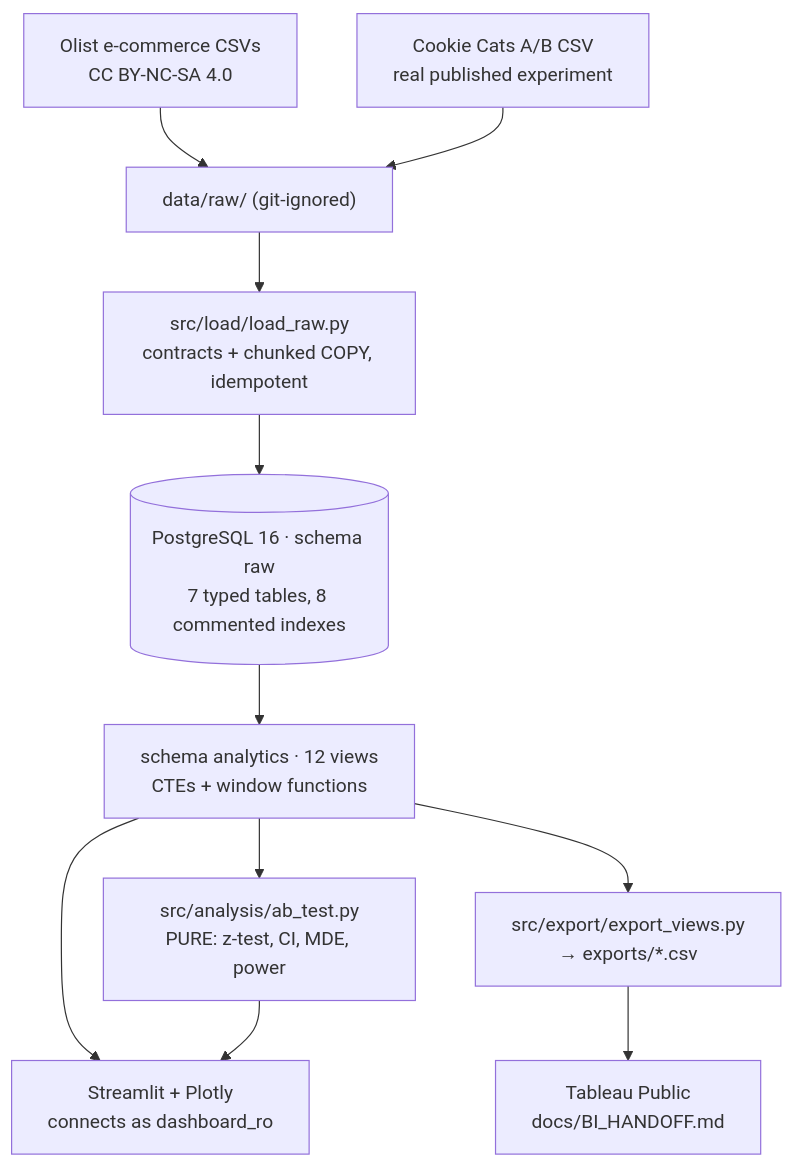
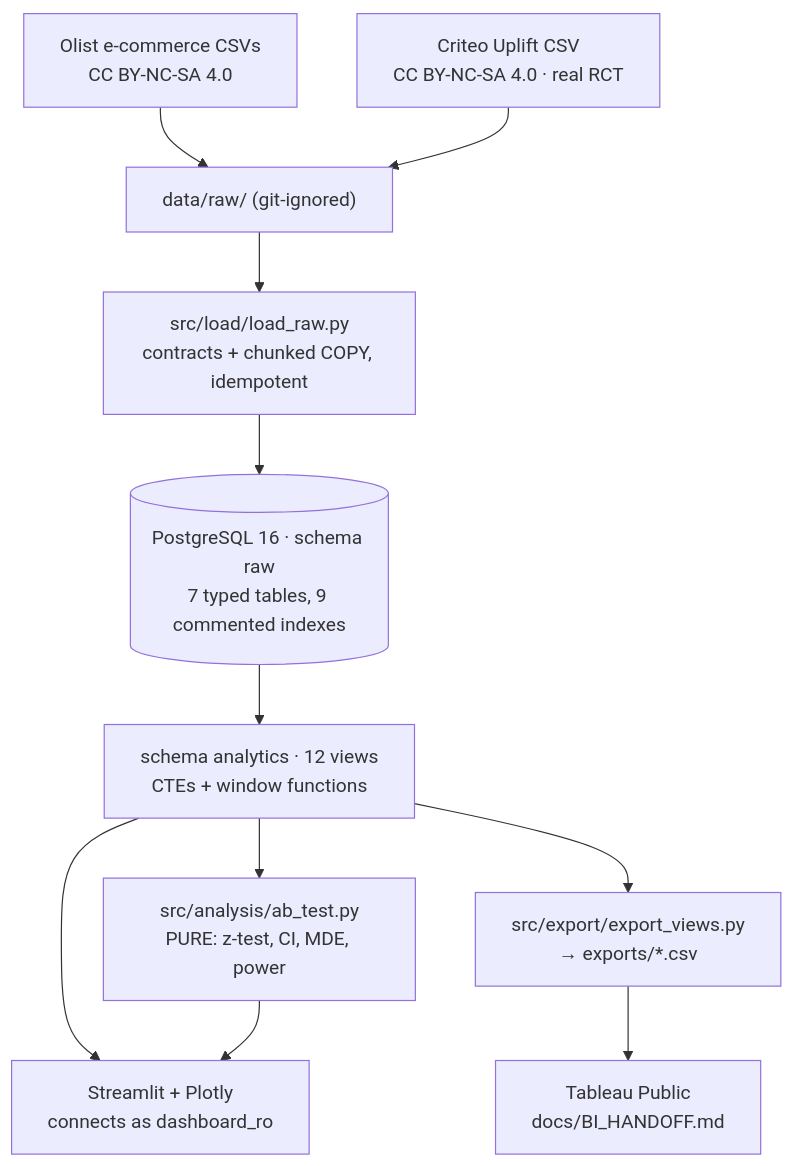
The diagram in README.md (Swayam-arora-2004/funnel-cohort-ab-dashboard), drawn with Mermaid before and after one commit. The commit also changed other lines of this file and 23 other files, not shown here.

First line of the commit message:
Swap the A/B dataset to Criteo Uplift, for a verifiable licence

````diff
--- a/README.md
+++ b/README.md
@@ -77,13 +85,13 @@
 ```mermaid
 flowchart TD
     A1["Olist e-commerce CSVs<br/>CC BY-NC-SA 4.0"] --> B["data/raw/ (git-ignored)"]
-    A2["Cookie Cats A/B CSV<br/>real published experiment"] --> B
+    A2["Criteo Uplift CSV<br/>CC BY-NC-SA 4.0 · real RCT"] --> B
     B --> C["src/load/load_raw.py<br/>contracts + chunked COPY, idempotent"]
-    C --> D[("PostgreSQL 16 · schema raw<br/>7 typed tables, 8 commented indexes")]
+    C --> D[("PostgreSQL 16 · schema raw<br/>7 typed tables, 9 commented indexes")]
     D --> E["schema analytics · 12 views<br/>CTEs + window functions"]
     E --> F["src/analysis/ab_test.py<br/>PURE: z-test, CI, MDE, power"]
     E --> G["Streamlit + Plotly<br/>connects as dashboard_ro"]
     F --> G
     E --> H["src/export/export_views.py<br/>→ exports/*.csv"]
     H --> I["Tableau Public<br/>docs/BI_HANDOFF.md"]
 ```
````
